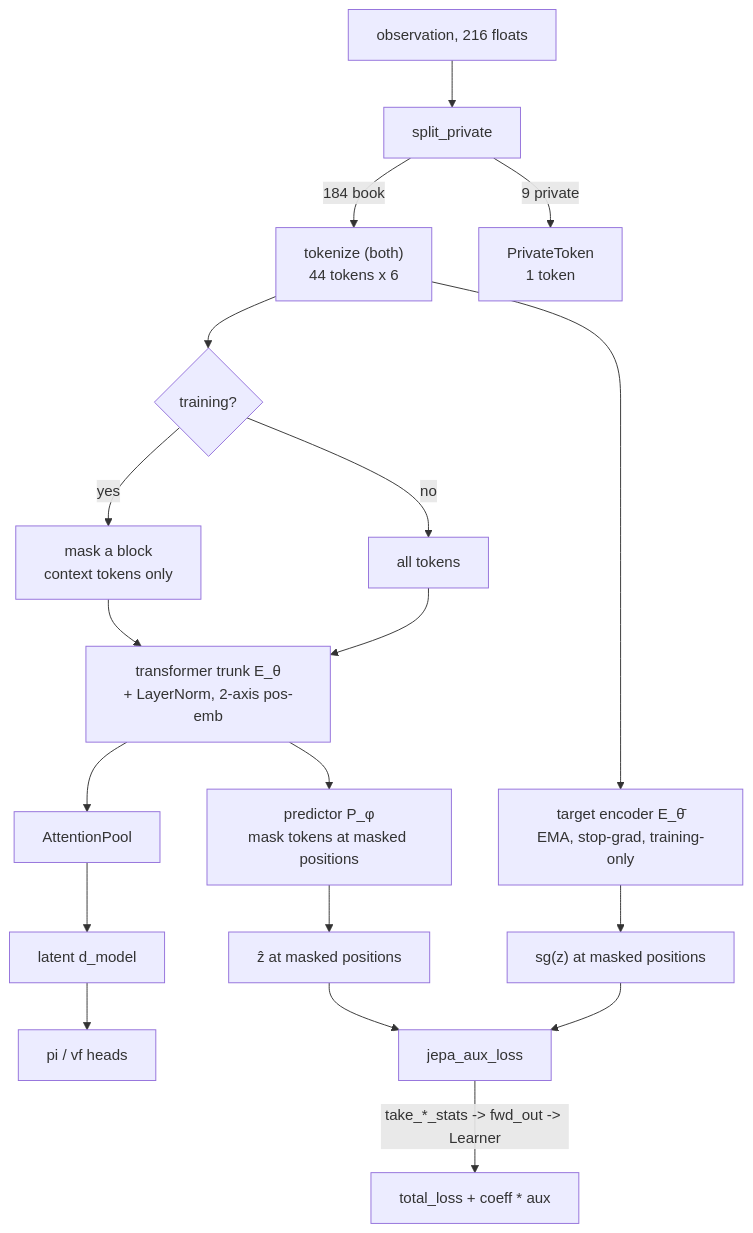
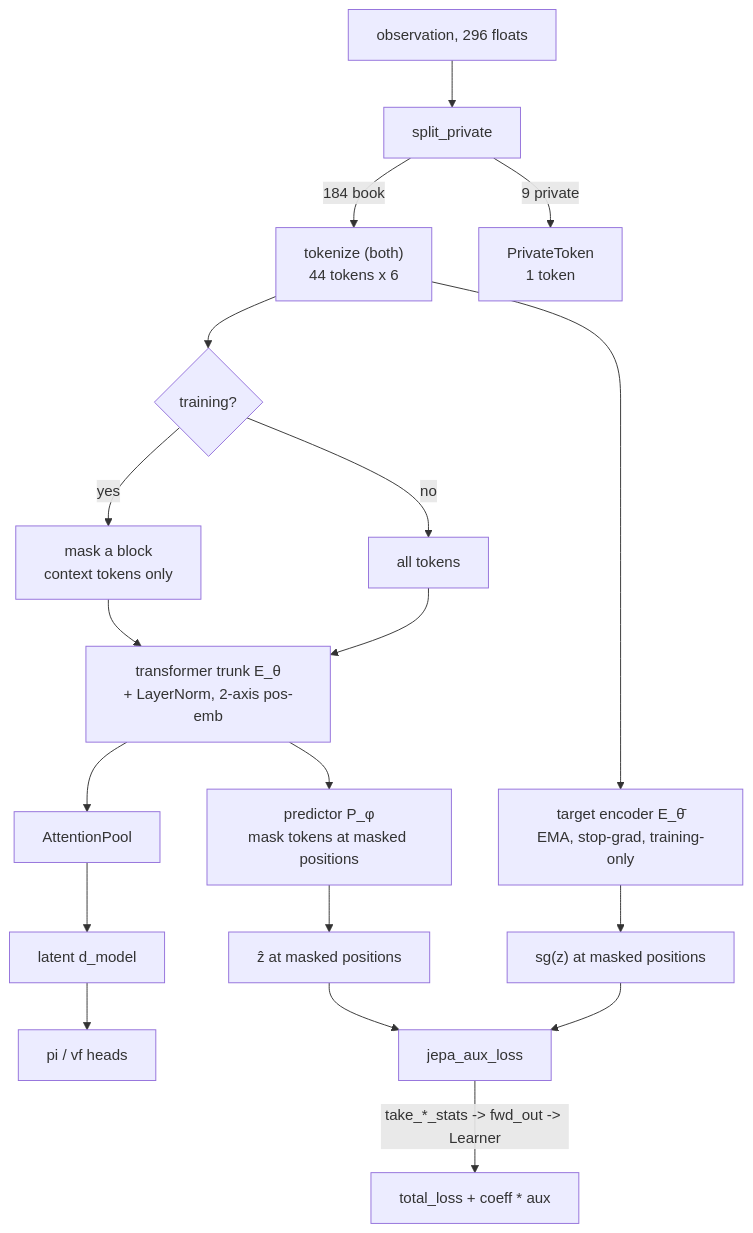
The third of 4 diagrams in doc/22_jepa_integration.md (ChuaCheowHuan/gym-continuousDoubleAuction), drawn with Mermaid before and after one commit. The commit also changed other lines of this file and 25 other files, not shown here.

````diff
--- a/doc/22_jepa_integration.md
+++ b/doc/22_jepa_integration.md
@@ -312,19 +312,19 @@
 ```mermaid
 flowchart TD
-    OBS["observation, 216 floats"] --> SPLIT["split_private"]
+    OBS["observation, 296 floats"] --> SPLIT["split_private"]
     SPLIT -->|"184 book"| TOK["tokenize (both)<br/>44 tokens x 6"]
     SPLIT -->|"9 private"| PTOK["PrivateToken<br/>1 token"]
     TOK --> MASK{"training?"}
     MASK -->|"yes"| CTX["mask a block<br/>context tokens only"]
     MASK -->|"no"| FULL["all tokens"]
     CTX --> ENC["transformer trunk E_θ<br/>+ LayerNorm, 2-axis pos-emb"]
     FULL --> ENC
     TOK --> TENC["target encoder E_θ̄<br/>EMA, stop-grad, training-only"]
     ENC --> POOL["AttentionPool"] --> LAT["latent d_model"] --> HEADS["pi / vf heads"]
     ENC --> PRED["predictor P_φ<br/>mask tokens at masked positions"]
     PRED --> ZP["ẑ at masked positions"]
     TENC --> ZT["sg(z) at masked positions"]
     ZP --> AUX["jepa_aux_loss"]
     ZT --> AUX
     AUX -->|"take_*_stats -> fwd_out -> Learner"| OPT["total_loss + coeff * aux"]
 ```
````
